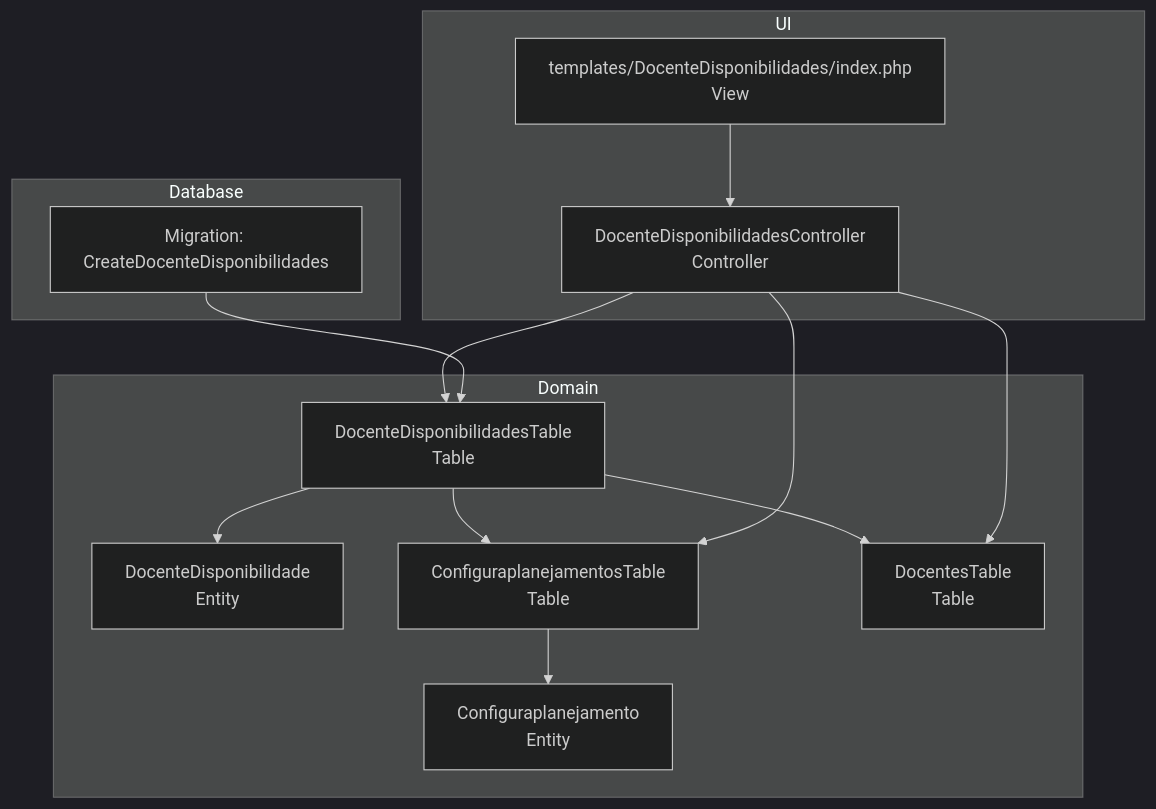
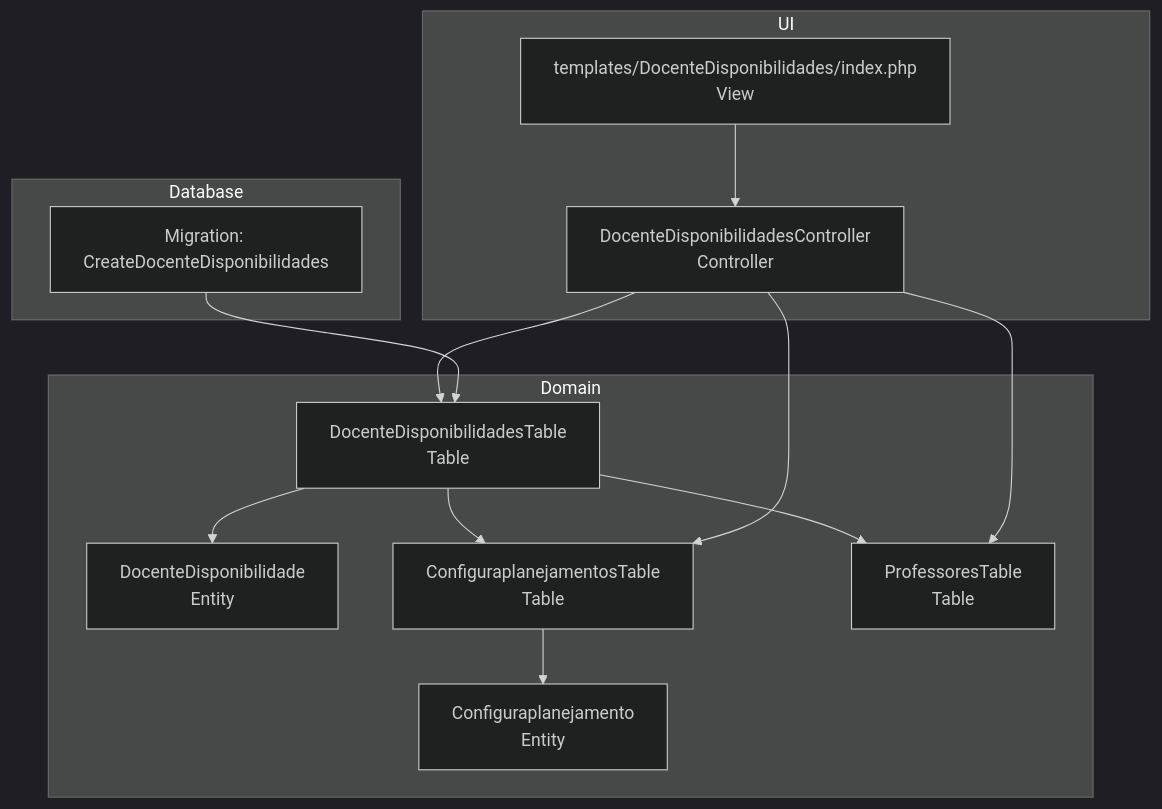
Before and after one commit to luiseduacosta/planejamento5: the first of 6 diagrams in .qoder/repowiki/en/content/Project Overview/Core Features Overview/Faculty Management/Faculty Availability Tracking.md, drawn with Mermaid (dark theme). The commit also changed other lines of this file and 37 other files, not shown here.

Commit message:
repowiki: rename Docentes → Professores in metadata

````diff
--- a/.qoder/repowiki/en/content/Project Overview/Core Features Overview/Faculty Management/Faculty Availability Tracking.md
+++ b/.qoder/repowiki/en/content/Project Overview/Core Features Overview/Faculty Management/Faculty Availability Tracking.md
@@ -37,26 +37,26 @@
 ```mermaid
 graph TB
 subgraph "Domain"
 D["DocenteDisponibilidade<br/>Entity"]
 DT["DocenteDisponibilidadesTable<br/>Table"]
 CPE["Configuraplanejamento<br/>Entity"]
 CPT["ConfiguraplanejamentosTable<br/>Table"]
-DOC["DocentesTable<br/>Table"]
+DOC["ProfessoresTable<br/>Table"]
 end
 subgraph "UI"
 CTRL["DocenteDisponibilidadesController<br/>Controller"]
 TPL["templates/DocenteDisponibilidades/index.php<br/>View"]
 end
 subgraph "Database"
 MIG["Migration: CreateDocenteDisponibilidades"]
 end
 DT --> D
 CPT --> CPE
 DT --> DOC
 DT --> CPT
 CTRL --> DT
 CTRL --> CPT
 CTRL --> DOC
 TPL --> CTRL
 MIG --> DT
 ```
````
